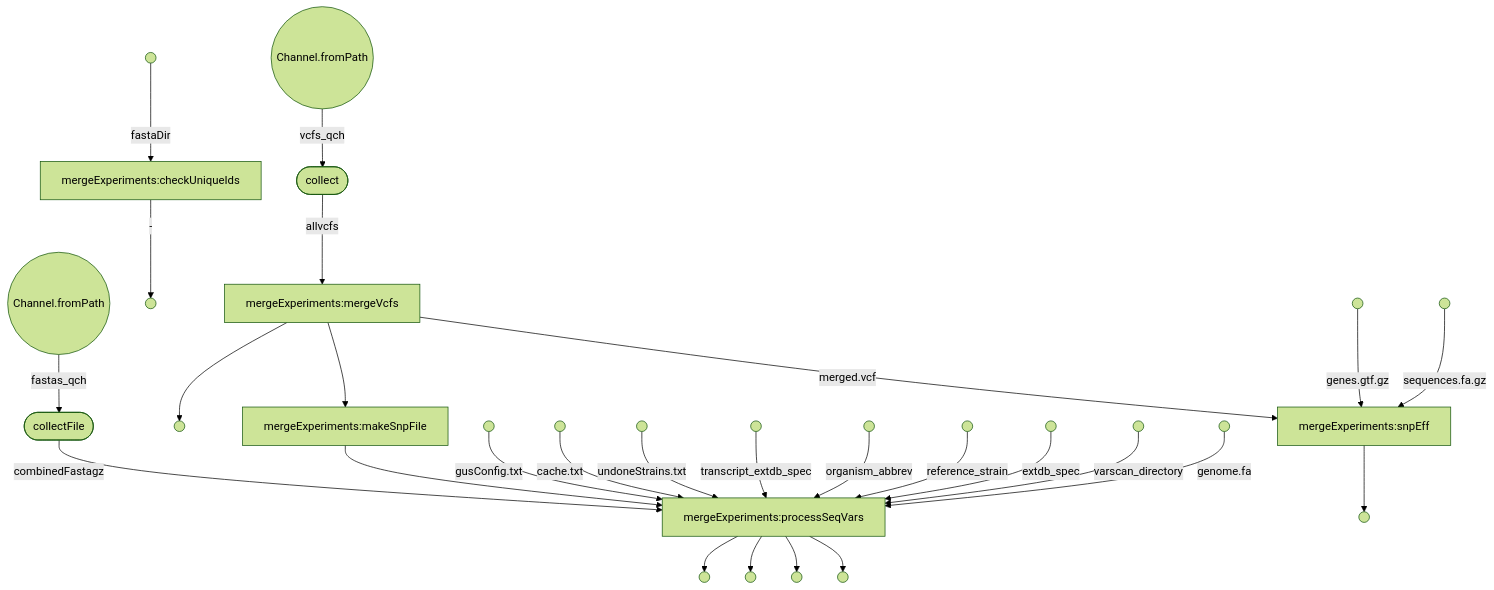
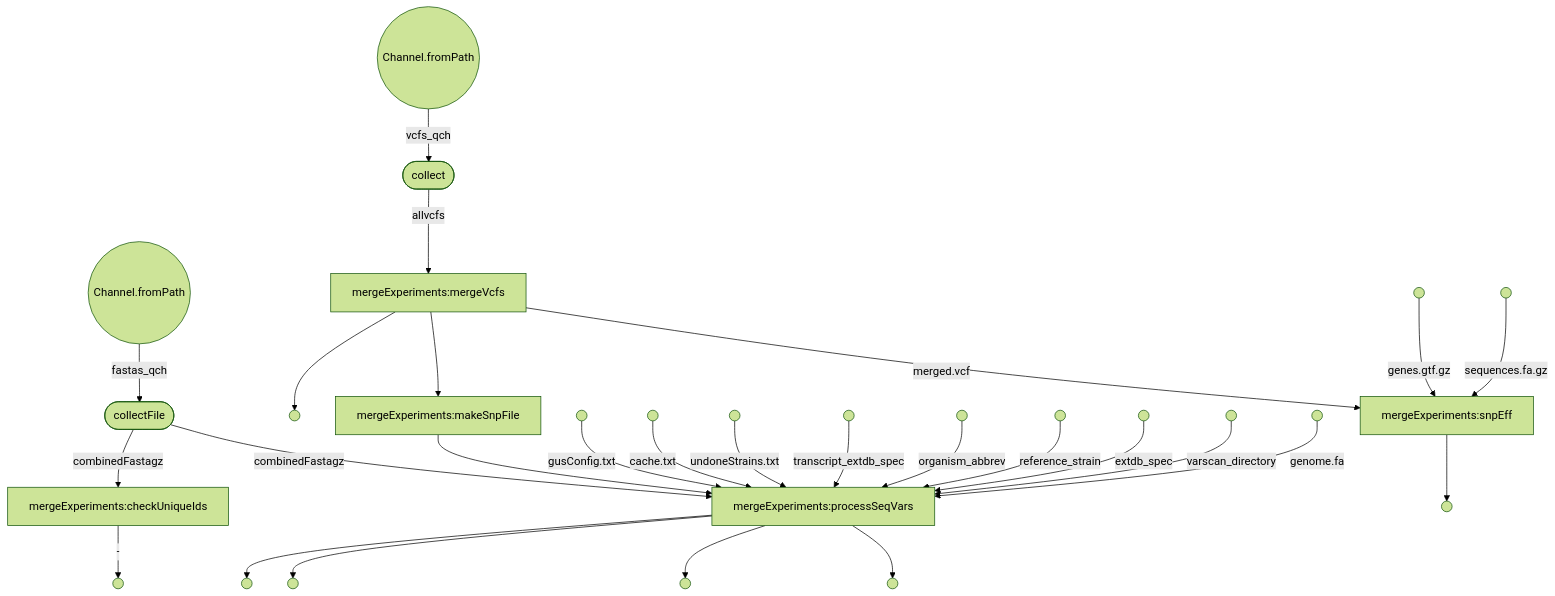
One commit to VEuPathDB/dnaseq-nextflow changed the third of 4 diagrams in README.md. Above: the diagram before and after it, drawn with Mermaid (forest theme).

````diff
--- a/README.md
+++ b/README.md
@@ -177,57 +177,57 @@
 ```mermaid
 flowchart TD
     p0((Channel.fromPath))
     p1((Channel.fromPath))
-    p2(( ))
+    p2([collectFile])
     p3[mergeExperiments:checkUniqueIds]
     p4(( ))
-    p5([collectFile])
-    p6([collect])
-    p7[mergeExperiments:mergeVcfs]
-    p8(( ))
-    p9[mergeExperiments:makeSnpFile]
+    p5([collect])
+    p6[mergeExperiments:mergeVcfs]
+    p7(( ))
+    p8[mergeExperiments:makeSnpFile]
+    p9(( ))
     p10(( ))
     p11(( ))
     p12(( ))
     p13(( ))
     p14(( ))
     p15(( ))
     p16(( ))
     p17(( ))
-    p18(( ))
-    p19[mergeExperiments:processSeqVars]
+    p18[mergeExperiments:processSeqVars]
+    p19(( ))
     p20(( ))
     p21(( ))
     p22(( ))
     p23(( ))
     p24(( ))
-    p25(( ))
-    p26[mergeExperiments:snpEff]
-    p27(( ))
-    p0 -->|fastas_qch| p5
-    p1 -->|vcfs_qch| p6
-    p2 -->|fastaDir| p3
+    p25[mergeExperiments:snpEff]
+    p26(( ))
+    p0 -->|fastas_qch| p2
+    p1 -->|vcfs_qch| p5
+    p2 -->|combinedFastagz| p3
     p3 -->|-| p4
-    p5 -->|combinedFastagz| p19
-    p6 -->|allvcfs| p7
-    p7 --> p8
-    p7 --> p9
-    p9 --> p19
-    p10 -->|gusConfig.txt| p19
-    p11 -->|cache.txt| p19
-    p12 -->|undoneStrains.txt| p19
-    p13 -->|transcript_extdb_spec| p19
-    p14 -->|organism_abbrev| p19
-    p15 -->|reference_strain| p19
-    p16 -->|extdb_spec| p19
-    p17 -->|varscan_directory| p19
-    p18 -->|genome.fa| p19
-    p19 --> p23
-    p19 --> p22
-    p19 --> p21
-    p19 --> p20
-    p7 -->|merged.vcf| p26
-    p24 -->|genes.gtf.gz| p26
-    p25 -->|sequences.fa.gz| p26
-    p26 --> p27
+    p5 -->|allvcfs| p6
+    p6 --> p7
+    p6 --> p8
+    p8 --> p18
+    p9 -->|gusConfig.txt| p18
+    p10 -->|cache.txt| p18
+    p11 -->|undoneStrains.txt| p18
+    p12 -->|transcript_extdb_spec| p18
+    p13 -->|organism_abbrev| p18
+    p14 -->|reference_strain| p18
+    p15 -->|extdb_spec| p18
+    p16 -->|varscan_directory| p18
+    p17 -->|genome.fa| p18
+    p2 -->|combinedFastagz| p18
+    p18 --> p22
+    p18 --> p21
+    p18 --> p20
+    p18 --> p19
+    p6 -->|merged.vcf| p25
+    p23 -->|genes.gtf.gz| p25
+    p24 -->|sequences.fa.gz| p25
+    p25 --> p26
+
 ```
````
